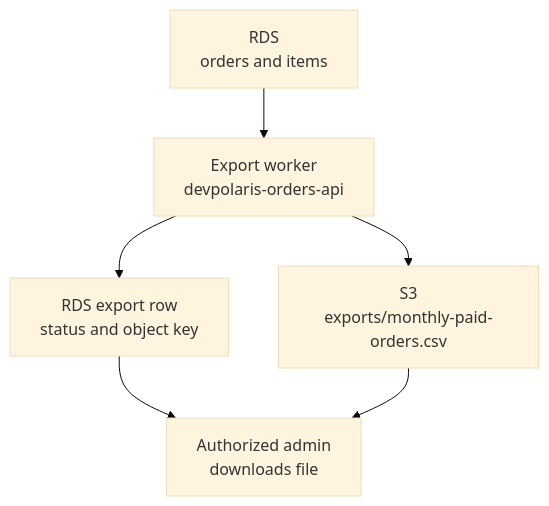
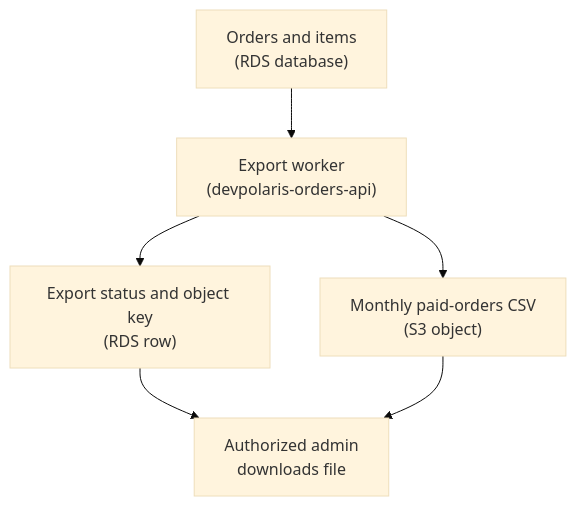
Before and after one commit to senlinyy/dev-roadmaps: the second of 2 diagrams in cloud-providers/aws/storage-databases/choosing-the-right-data-service.md, drawn with Mermaid (base theme). The commit also changed 89 other files, not shown here.

````diff
--- a/cloud-providers/aws/storage-databases/choosing-the-right-data-service.md
+++ b/cloud-providers/aws/storage-databases/choosing-the-right-data-service.md
@@ -204,14 +204,14 @@
 ```mermaid
 flowchart TD
-    RDS["RDS<br/>orders and items"]
-    Worker["Export worker<br/>devpolaris-orders-api"]
-    S3["S3<br/>exports/monthly-paid-orders.csv"]
-    Meta["RDS export row<br/>status and object key"]
+    RDS["Orders and items<br/>(RDS database)"]
+    Worker["Export worker<br/>(devpolaris-orders-api)"]
+    S3["Monthly paid-orders CSV<br/>(S3 object)"]
+    Meta["Export status and object key<br/>(RDS row)"]
     User["Authorized admin<br/>downloads file"]
 
     RDS --> Worker
     Worker --> S3
     Worker --> Meta
     Meta --> User
     S3 --> User
 ```
````
